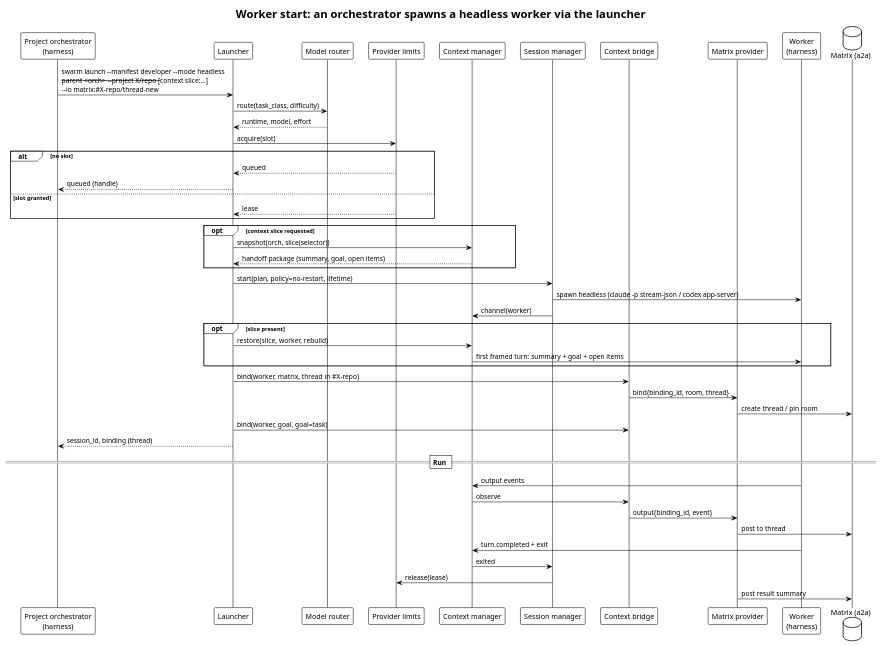
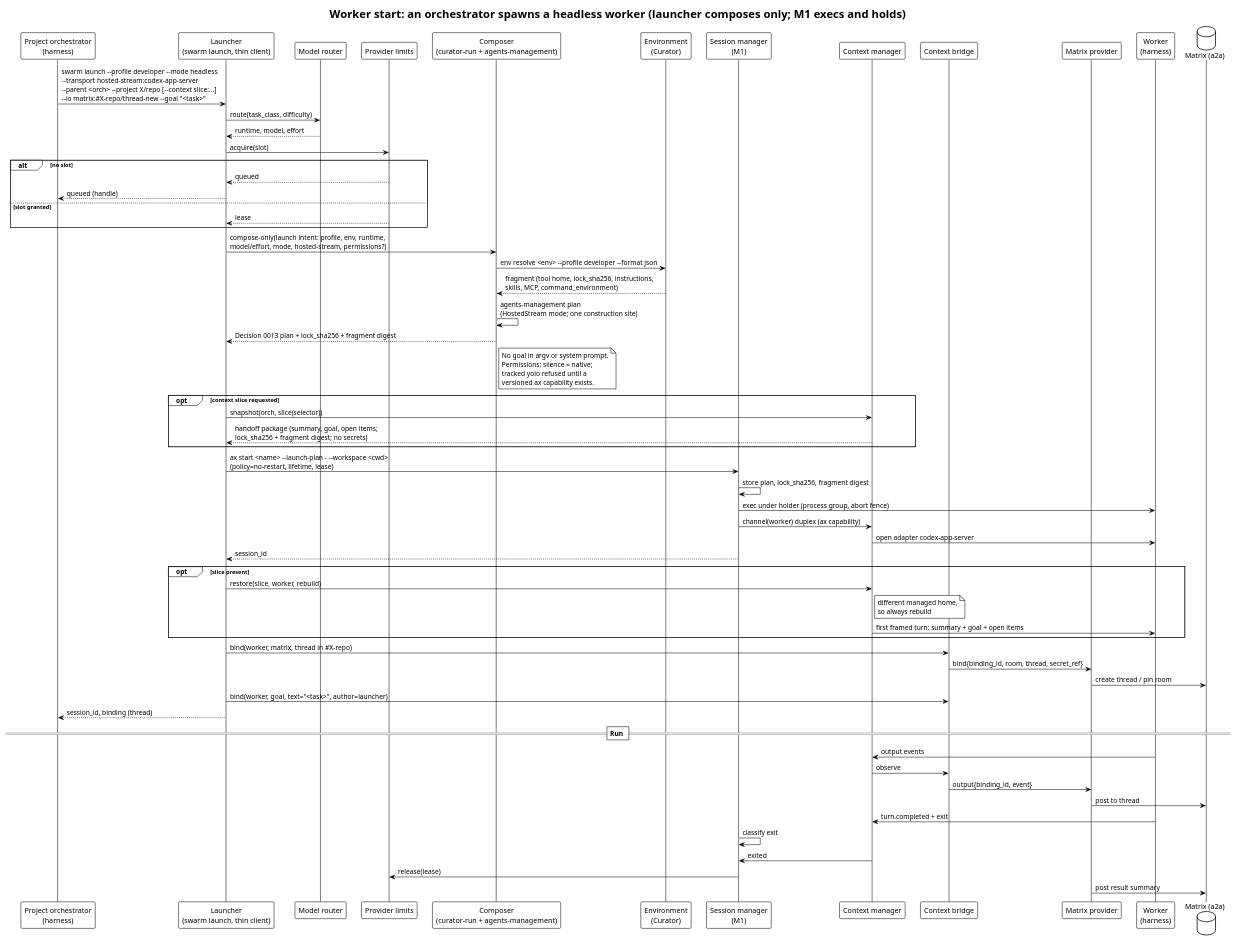
One commit to relux-works/swarm-platform-architecture changed the diagram in diagrams/plantuml/sequence/worker-start.puml. Above: the diagram before and after it, drawn with PlantUML. The commit also changed 31 other files, not shown here.

Commit message:
Vision v1: board split into B1-B6 with external flow config; curator advice incorporated

```diff
--- a/diagrams/plantuml/sequence/worker-start.puml
+++ b/diagrams/plantuml/sequence/worker-start.puml
@@ -1,56 +1,75 @@
 @startuml worker-start
 !theme plain
-title Worker start: an orchestrator spawns a headless worker via the launcher
+title Worker start: an orchestrator spawns a headless worker (launcher composes only; M1 execs and holds)
 
 participant "Project orchestrator\n(harness)" as O
-participant "Launcher" as L
+participant "Launcher\n(swarm launch, thin client)" as L
 participant "Model router" as MR
 participant "Provider limits" as Lim
+participant "Composer\n(curator-run + agents-management)" as C
+participant "Environment\n(Curator)" as Env
+participant "Session manager\n(M1)" as SM
 participant "Context manager" as CM
-participant "Session manager" as SM
 participant "Context bridge" as BR
 participant "Matrix provider" as MP
 participant "Worker\n(harness)" as W
 database "Matrix (a2a)" as MX
 
-O -> L: swarm launch ~--manifest developer ~--mode headless\n--parent <orch> ~--project X/repo [--context slice:...]\n--io matrix:#X-repo/thread-new
+O -> L: swarm launch ~--profile developer ~--mode headless\n~--transport hosted-stream:codex-app-server\n~--parent <orch> ~--project X/repo [~--context slice:...]\n~--io matrix:#X-repo/thread-new ~--goal "<task>"
 L -> MR: route(task_class, difficulty)
 MR --> L: runtime, model, effort
 L -> Lim: acquire(slot)
 alt no slot
   Lim --> L: queued
   L --> O: queued (handle)
 else slot granted
   Lim --> L: lease
 end
 
+L -> C: compose-only(launch intent: profile, env, runtime,\nmodel/effort, mode, hosted-stream, permissions?)
+C -> Env: env resolve <env> ~--profile developer ~--format json
+Env --> C: fragment (tool home, lock_sha256, instructions,\nskills, MCP, command_environment)
+C -> C: agents-management plan\n(HostedStream mode; one construction site)
+C --> L: Decision 0013 plan + lock_sha256 + fragment digest
+note right of C
+  No goal in argv or system prompt.
+  Permissions: silence = native;
+  tracked yolo refused until a
+  versioned ax capability exists.
+end note
+
 opt context slice requested
   L -> CM: snapshot(orch, slice(selector))
-  CM --> L: handoff package (summary, goal, open items)
+  CM --> L: handoff package (summary, goal, open items;\nlock_sha256 + fragment digest; no secrets)
 end
 
-L -> SM: start(plan, policy=no-restart, lifetime)
-SM -> W: spawn headless (claude -p stream-json / codex app-server)
-SM -> CM: channel(worker)
+L -> SM: ax start <name> ~--launch-plan - ~--workspace <cwd>\n(policy=no-restart, lifetime, lease)
+SM -> SM: store plan, lock_sha256, fragment digest
+SM -> W: exec under holder (process group, abort fence)
+SM -> CM: channel(worker) duplex (ax capability)
+CM -> W: open adapter codex-app-server
+SM --> L: session_id
 opt slice present
   L -> CM: restore(slice, worker, rebuild)
+  note right of CM: different managed home,\nso always rebuild
   CM -> W: first framed turn: summary + goal + open items
 end
 
 L -> BR: bind(worker, matrix, thread in #X-repo)
-BR -> MP: bind{binding_id, room, thread}
+BR -> MP: bind{binding_id, room, thread, secret_ref}
 MP -> MX: create thread / pin room
-L -> BR: bind(worker, goal, goal=task)
+L -> BR: bind(worker, goal, text="<task>", author=launcher)
 
 L --> O: session_id, binding (thread)
 
 == Run ==
 W -> CM: output events
 CM -> BR: observe
 BR -> MP: output{binding_id, event}
 MP -> MX: post to thread
 W -> CM: turn.completed + exit
+SM -> SM: classify exit
 CM -> SM: exited
 SM -> Lim: release(lease)
 MP -> MX: post result summary
 @enduml
```
